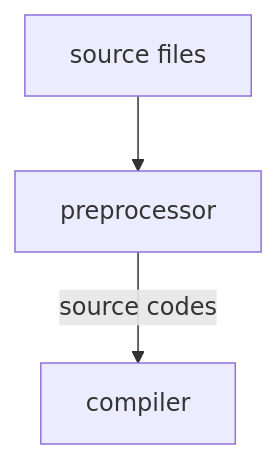
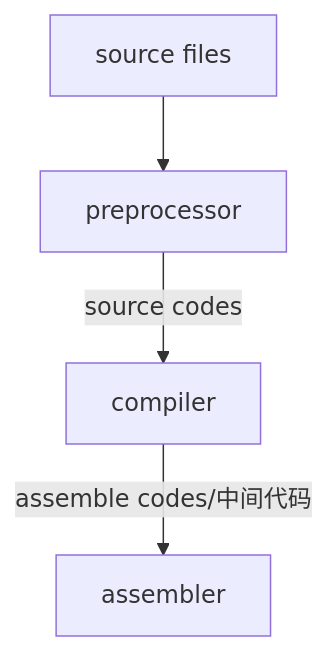
The diagram in 编译原理学习笔记.md (DCMMC/Notes), drawn with Mermaid before and after one commit.

Commit message:
修改文件: 编译原理学习笔记.md

````diff
--- a/编译原理学习笔记.md
+++ b/编译原理学习笔记.md
@@ -41,6 +41,7 @@
 ```mermaid!
 graph TD;
 	id[source files] --> preprocessor;
 	preprocessor-- source codes -->compiler;
+	compiler-- assemble codes/中间代码 -->assembler;
 	
 ```
````
